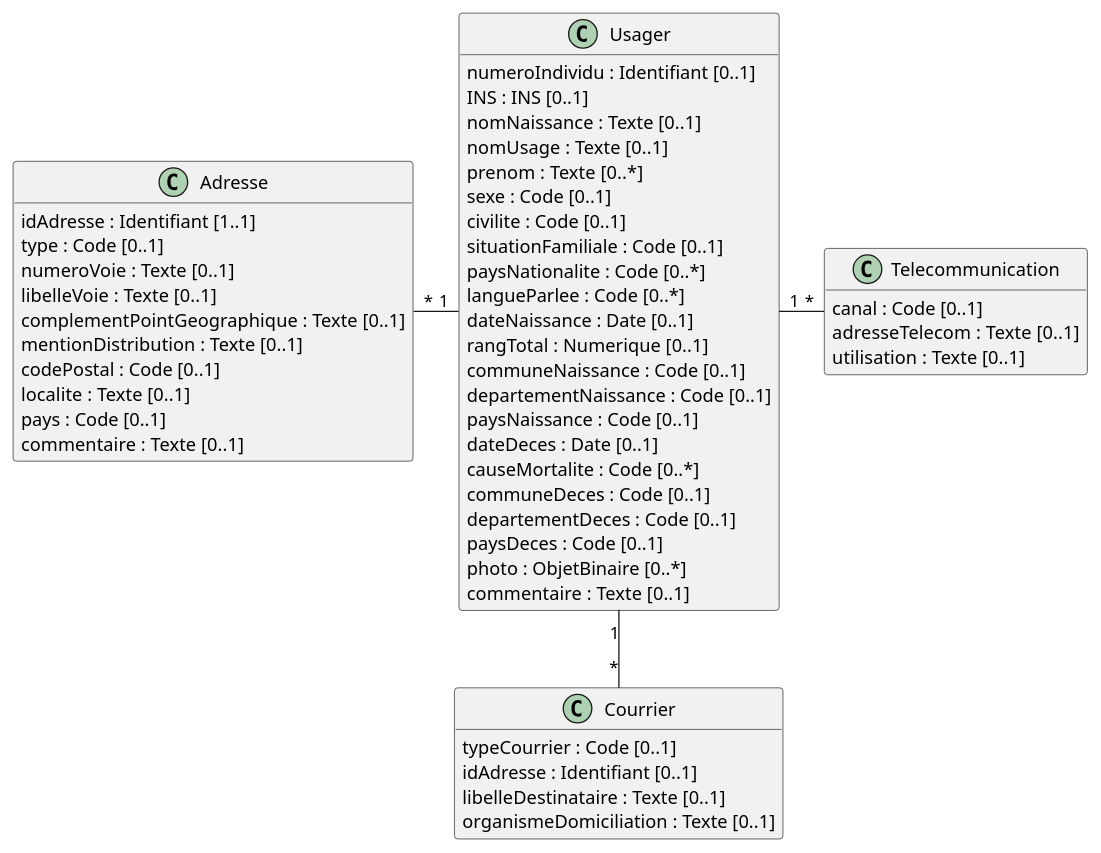
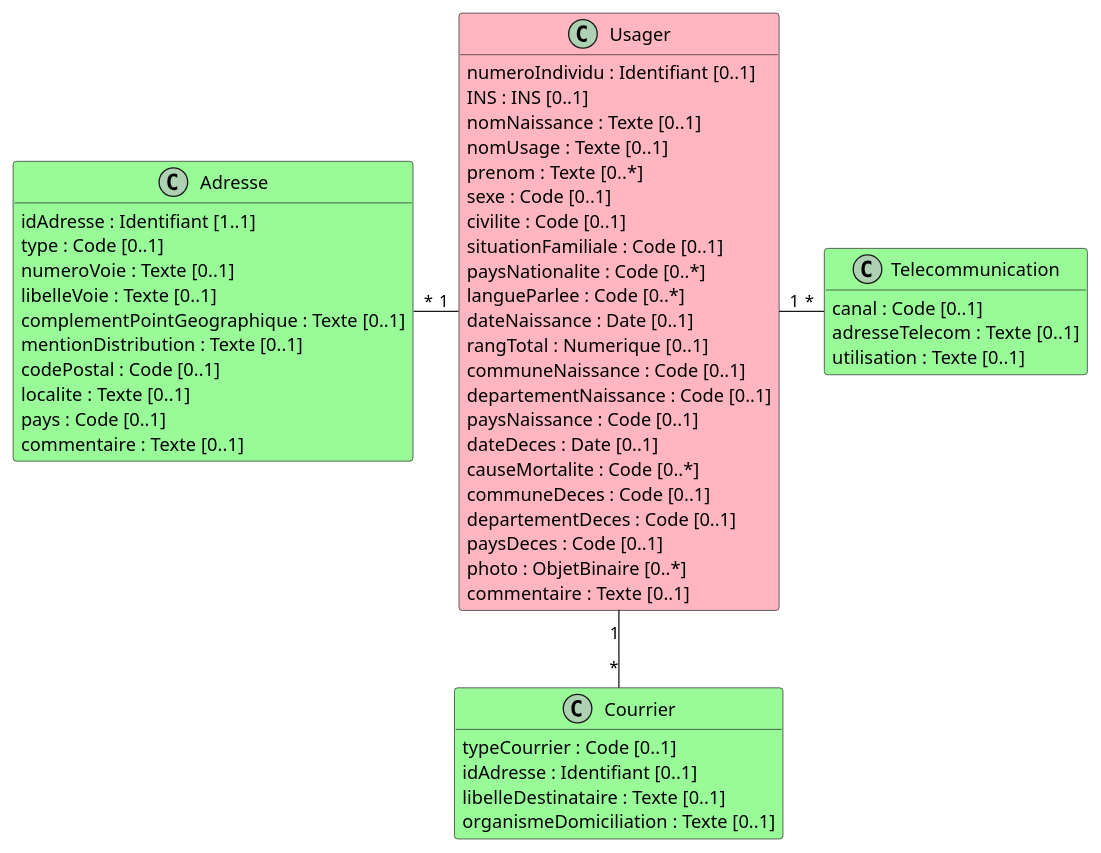
Before and after one commit to ansforge/IG-fhir-transfert-donnees-dui-esms: the diagram in input/images-source/bloc_identification_coordonnees.plantuml, drawn with PlantUML. The commit also changed 8 other files, not shown here.

```diff
--- a/input/images-source/bloc_identification_coordonnees.plantuml
+++ b/input/images-source/bloc_identification_coordonnees.plantuml
@@ -1,60 +1,60 @@
 @startuml
 
 hide empty methods
 
-class Usager {
+class Usager #LightPink {
     numeroIndividu : Identifiant [0..1]
     INS : INS [0..1]
     nomNaissance : Texte [0..1]
     nomUsage : Texte [0..1]
     prenom : Texte [0..*]
     sexe : Code [0..1]
     civilite : Code [0..1]
     situationFamiliale : Code [0..1]
     paysNationalite : Code [0..*]
     langueParlee : Code [0..*]
     dateNaissance : Date [0..1]
     rangTotal : Numerique [0..1]
     communeNaissance : Code [0..1]
     departementNaissance : Code [0..1]
     paysNaissance : Code [0..1]
     dateDeces : Date [0..1]
     causeMortalite : Code [0..*]
     communeDeces : Code [0..1]
     departementDeces : Code [0..1]
     paysDeces : Code [0..1]
     photo : ObjetBinaire [0..*]
     commentaire : Texte [0..1]
 }
 
-class Adresse {
+class Adresse #PaleGreen {
     idAdresse : Identifiant [1..1]
     type : Code [0..1]
     numeroVoie : Texte [0..1]
     libelleVoie : Texte [0..1]
     complementPointGeographique : Texte [0..1]
     mentionDistribution : Texte [0..1]
     codePostal : Code [0..1]
     localite : Texte [0..1]
     pays : Code [0..1]
     commentaire : Texte [0..1]
 }
 
-class Telecommunication {
+class Telecommunication #PaleGreen {
     canal : Code [0..1]
     adresseTelecom : Texte [0..1]
     utilisation : Texte [0..1]
 }
 
-class Courrier {
+class Courrier #PaleGreen {
     typeCourrier : Code [0..1]
     idAdresse : Identifiant [0..1]
     libelleDestinataire : Texte [0..1]
     organismeDomiciliation : Texte [0..1]
 }
 
 Adresse "*" - "1" Usager
 Usager "1" - "*" Telecommunication
 Usager "1" -- "*" Courrier
 
 @enduml
```
